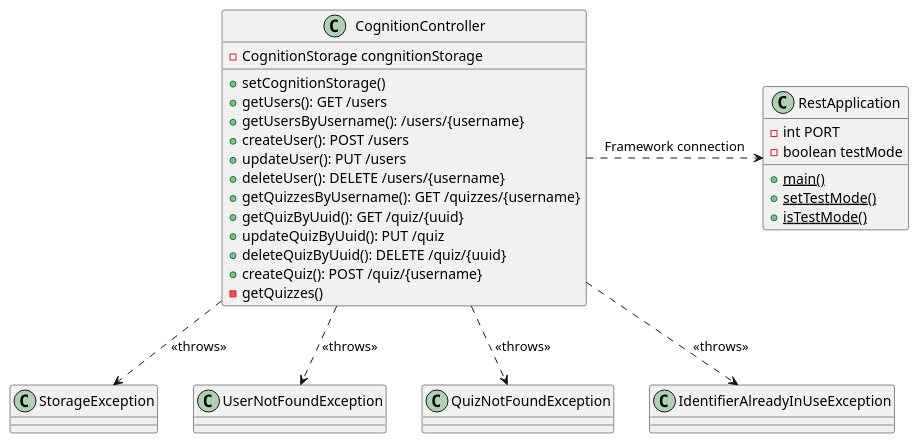
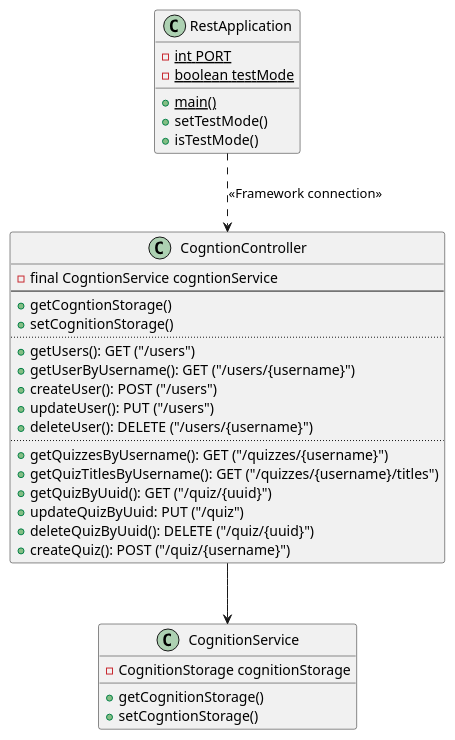
Before and after one commit to HenrikSkog/cognition: the diagram in docs/plantuml/release3/api_class_diagram.puml, drawn with PlantUML. The commit also changed 8 other files, not shown here.

First line of the commit message:
feat: Add core and api diagrams

```diff
--- a/docs/plantuml/release3/api_class_diagram.puml
+++ b/docs/plantuml/release3/api_class_diagram.puml
@@ -1,41 +1,38 @@
 @startuml
-class CognitionController {
-    -CognitionStorage congnitionStorage
-    +setCognitionStorage()
-    +getUsers(): GET /users
-    +getUsersByUsername(): /users/{username}
-    +createUser(): POST /users
-    +updateUser(): PUT /users
-    +deleteUser(): DELETE /users/{username}
-    +getQuizzesByUsername(): GET /quizzes/{username}
-    +getQuizByUuid(): GET /quiz/{uuid}
-    +updateQuizByUuid(): PUT /quiz
-    +deleteQuizByUuid(): DELETE /quiz/{uuid}
-    +createQuiz(): POST /quiz/{username}
-    -getQuizzes()
-
+class CogntionController{
+- final CogntionService cogntionService
+--
++ getCogntionStorage()
++ setCognitionStorage()
+..
++ getUsers(): GET ("/users")
++ getUserByUsername(): GET ("/users/{username}")
++ createUser(): POST ("/users")
++ updateUser(): PUT ("/users")
++ deleteUser(): DELETE ("/users/{username}")
+..
++ getQuizzesByUsername(): GET ("/quizzes/{username}")
++ getQuizTitlesByUsername(): GET ("/quizzes/{username}/titles")
++ getQuizByUuid(): GET ("/quiz/{uuid}")
++ updateQuizByUuid: PUT ("/quiz")
++ deleteQuizByUuid(): DELETE ("/quiz/{uuid}")
++ createQuiz(): POST ("/quiz/{username}")
 }
 
-class StorageException
-
-class UserNotFoundException
-
-class QuizNotFoundException
-
-class IdentifierAlreadyInUseException
+class CognitionService{
+- CognitionStorage cognitionStorage
++ getCognitionStorage()
++ setCogntionStorage()
+}
 
 class RestApplication{
--int PORT
--boolean testMode
-+{static}main()
-+{static}setTestMode()
-+{static}isTestMode()
+- {static} int PORT
+- {static} boolean testMode
++ {static} main()
++ setTestMode()
++ isTestMode()
 }
 
-CognitionController ..> IdentifierAlreadyInUseException : <<throws>>
-CognitionController ..> UserNotFoundException: <<throws>>
-CognitionController ..> QuizNotFoundException: <<throws>>
-CognitionController ..> StorageException: <<throws>>
-
-CognitionController .> RestApplication: Framework connection
+RestApplication ..> CogntionController: <<Framework connection>>
+CogntionController --> CognitionService
 @enduml
```
